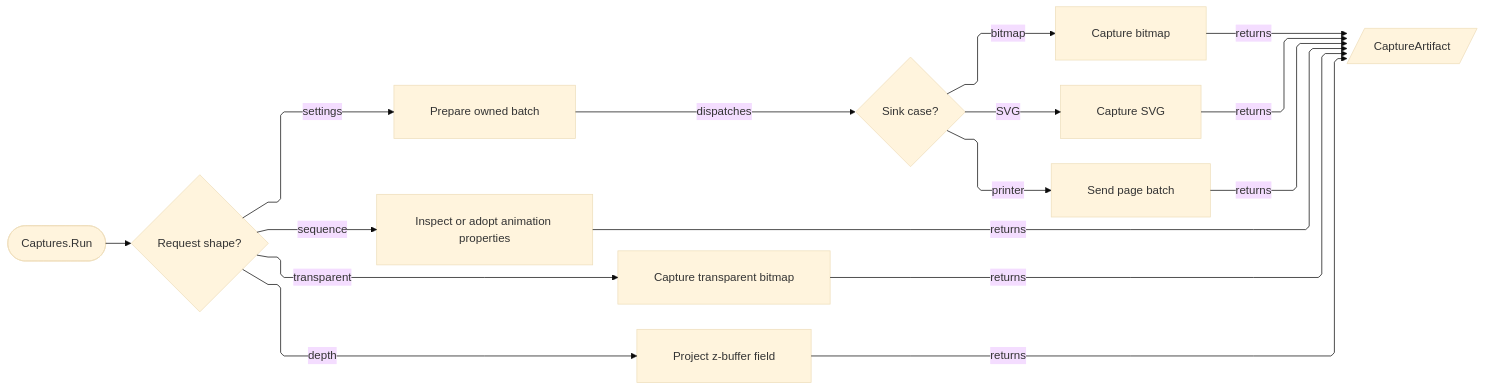
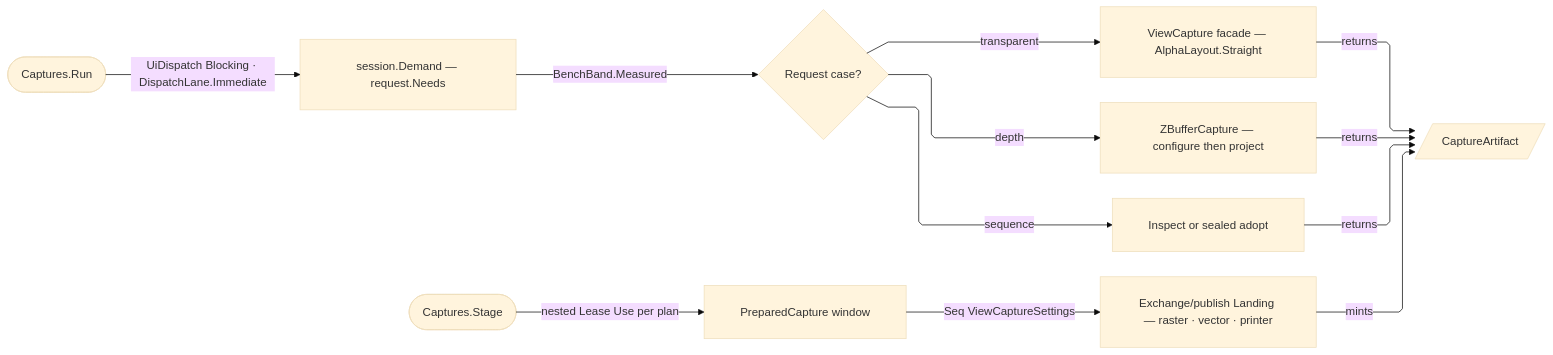
The diagram in libs/csharp/Rasm.Rhino/.planning/Viewport/capture.md (bsamiee/Rasm), drawn with Mermaid (base theme) before and after one commit. The commit also changed other lines of this file and 818 other files, not shown here.

````diff
--- a/libs/csharp/Rasm.Rhino/.planning/Viewport/capture.md
+++ b/libs/csharp/Rasm.Rhino/.planning/Viewport/capture.md
@@ -1659,27 +1496,23 @@
 ```mermaid
 ---
 config:
   layout: elk
   flowchart:
     curve: linear
     padding: 25
 ---
 flowchart LR
     accTitle: Capture request dispatch
-    accDescr: One capture entry dispatches settings, transparent, depth, and sequence requests, keeps native resources bracketed, and rejoins every arm at one artifact.
-    Run([Captures.Run]) --> Shape{Request shape?}
-    Shape -->|"settings"| Prepare[Prepare owned batch]
-    Shape -->|"transparent"| Transparent[Capture transparent bitmap]
-    Prepare -->|"dispatches"| Sink{Sink case?}
-    Sink -->|"bitmap"| Raster[Capture bitmap]
-    Sink -->|"SVG"| Vector[Capture SVG]
-    Sink -->|"printer"| Print[Send page batch]
-    Raster -->|"returns"| Artifact[/CaptureArtifact/]
-    Vector -->|"returns"| Artifact
-    Print -->|"returns"| Artifact
-    Transparent -->|"returns"| Artifact
-    Shape -->|"depth"| Depth[Project z-buffer field]
+    accDescr: One capture entry crosses the kernel dispatch under the request's own session demand, brackets the measured body, dispatches the transparent, depth, and sequence arms, and rejoins at one artifact, while the sink-free stage entry hands a prepared settings batch to the Exchange landing that owns delivery.
+    Run([Captures.Run]) -->|"UiDispatch Blocking · DispatchLane.Immediate"| Demand[session.Demand — request.Needs]
+    Demand -->|"BenchBand.Measured"| Shape{Request case?}
+    Shape -->|"transparent"| Alpha[ViewCapture facade — AlphaLayout.Straight]
+    Shape -->|"depth"| Depth[ZBufferCapture — configure then project]
+    Shape -->|"sequence"| Seq[Inspect or sealed adopt]
+    Alpha -->|"returns"| Artifact[/CaptureArtifact/]
     Depth -->|"returns"| Artifact
-    Shape -->|"sequence"| Sequence[Inspect or adopt animation properties]
-    Sequence -->|"returns"| Artifact
+    Seq -->|"returns"| Artifact
+    Stage([Captures.Stage]) -->|"nested Lease Use per plan"| Prepared[PreparedCapture window]
+    Prepared -->|"Seq ViewCaptureSettings"| Landing["Exchange/publish Landing — raster · vector · printer"]
+    Landing -->|"mints"| Artifact
 ```
````
